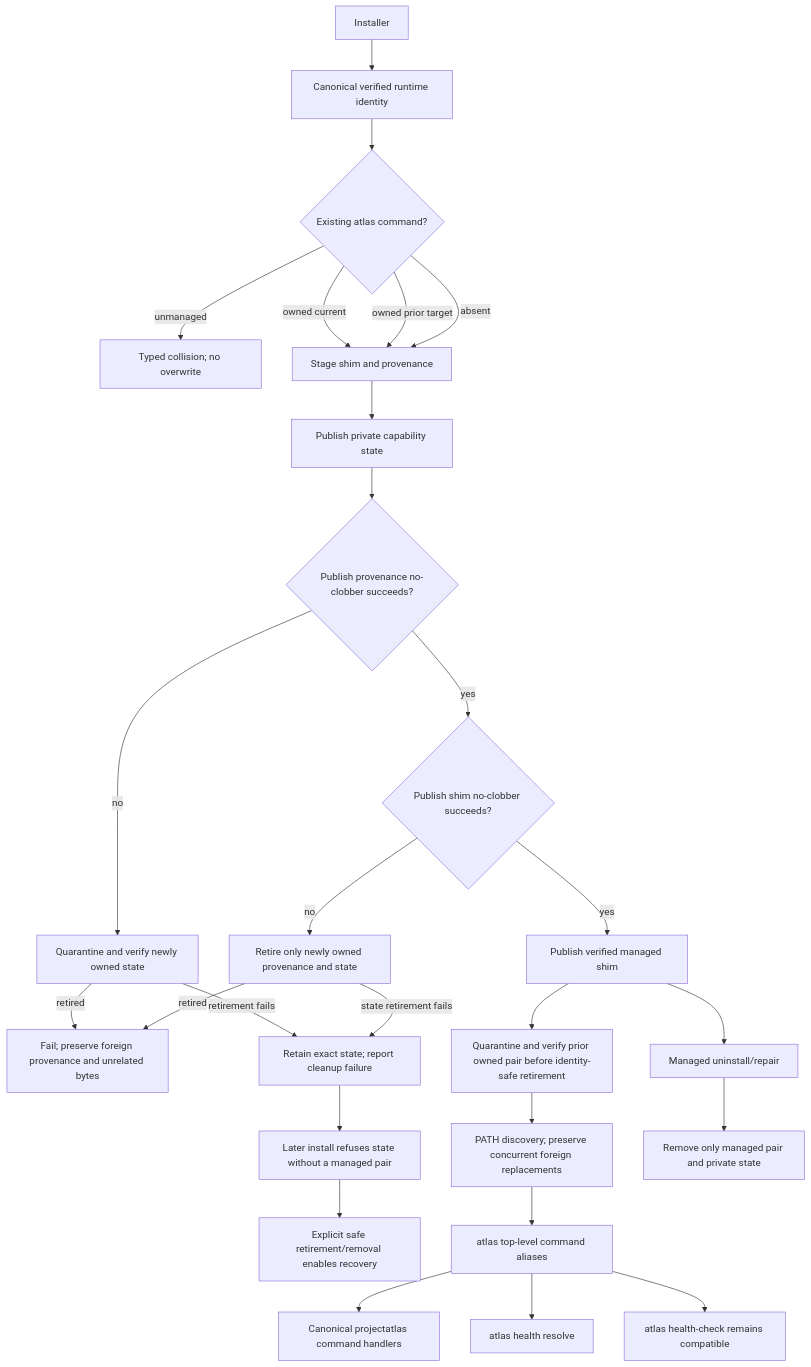
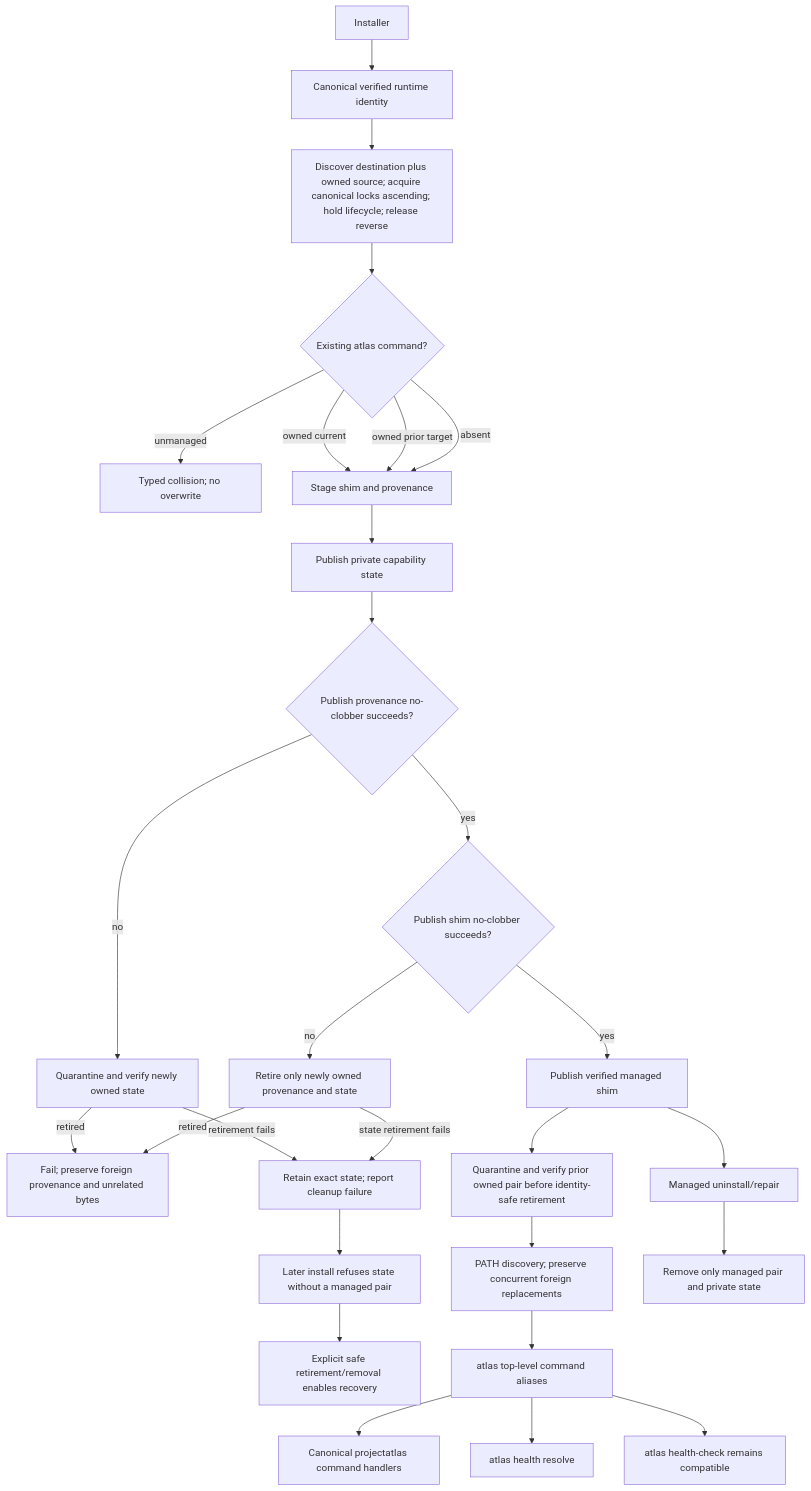
One commit to styler-ai/ProjectAtlas changed diagram 27 of 28 in docs/v050-release-architecture.md. Above: the diagram before and after it, drawn with Mermaid. The commit also changed 4 other files, not shown here.

Commit message:
fix(installer): order atlas forwarder lifecycle locks (#491)

````diff
--- a/docs/v050-release-architecture.md
+++ b/docs/v050-release-architecture.md
@@ -428,29 +428,30 @@
 ```mermaid
 flowchart TB
   installer[Installer] --> identity[Canonical verified runtime identity]
-  identity --> collision{Existing atlas command?}
+  identity --> locks[Discover destination plus owned source; acquire canonical locks ascending; hold lifecycle; release reverse]
+  locks --> collision{Existing atlas command?}
   collision -->|unmanaged| reject[Typed collision; no overwrite]
   collision -->|owned current| stage[Stage shim and provenance]
   collision -->|owned prior target| stage
   collision -->|absent| stage
   stage --> state[Publish private capability state]
   state --> provenance{Publish provenance no-clobber succeeds?}
   provenance -->|no| state_cleanup[Quarantine and verify newly owned state]
   state_cleanup -->|retired| reject_publication[Fail; preserve foreign provenance and unrelated bytes]
   state_cleanup -->|retirement fails| retained[Retain exact state; report cleanup failure]
   retained --> refuse[Later install refuses state without a managed pair]
   refuse --> recover[Explicit safe retirement/removal enables recovery]
   provenance -->|yes| forwarder{Publish shim no-clobber succeeds?}
   forwarder -->|no| pair_cleanup[Retire only newly owned provenance and state]
   pair_cleanup -->|retired| reject_publication
   pair_cleanup -->|state retirement fails| retained
   forwarder -->|yes| shim[Publish verified managed shim]
   shim --> migrate[Quarantine and verify prior owned pair before identity-safe retirement]
   migrate --> discover[PATH discovery; preserve concurrent foreign replacements]
   discover --> aliases[atlas top-level command aliases]
   aliases --> canonical[Canonical projectatlas command handlers]
   aliases --> resolve[atlas health resolve]
   aliases --> legacy[atlas health-check remains compatible]
   shim --> uninstall[Managed uninstall/repair]
   uninstall --> clean[Remove only managed pair and private state]
 ```
````
